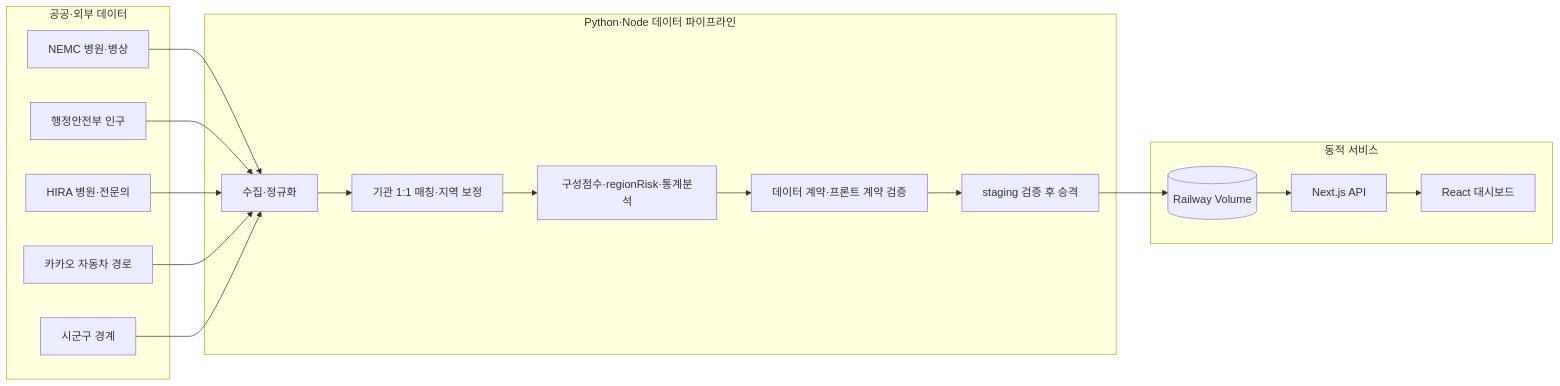
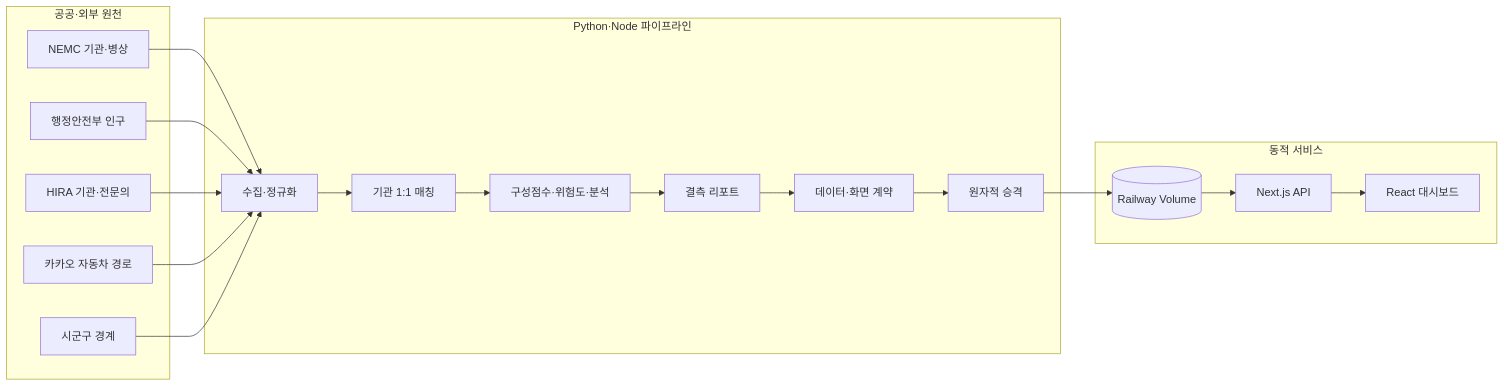
The diagram in README.md (Westyoon/embulance_score), drawn with Mermaid before and after one commit. The commit also changed other lines of this file and 9 other files, not shown here.

````diff
--- a/README.md
+++ b/README.md
@@ -21,28 +34,29 @@
 ```mermaid
 flowchart LR
-    subgraph Sources[공공·외부 데이터]
-        NEMC[NEMC 병원·병상]
+    subgraph Sources[공공·외부 원천]
+        NEMC[NEMC 기관·병상]
         MOIS[행정안전부 인구]
-        HIRA[HIRA 병원·전문의]
+        HIRA[HIRA 기관·전문의]
         KAKAO[카카오 자동차 경로]
         GEO[시군구 경계]
     end
 
-    subgraph Pipeline[Python·Node 데이터 파이프라인]
+    subgraph Pipeline[Python·Node 파이프라인]
         COLLECT[수집·정규화]
-        MATCH[기관 1:1 매칭·지역 보정]
-        SCORE[구성점수·regionRisk·통계분석]
-        VALIDATE[데이터 계약·프론트 계약 검증]
-        PROMOTE[staging 검증 후 승격]
+        MATCH[기관 1:1 매칭]
+        SCORE[구성점수·위험도·분석]
+        REPORT[결측 리포트]
+        VALIDATE[데이터·화면 계약]
+        PROMOTE[원자적 승격]
     end
 
     subgraph Runtime[동적 서비스]
         VOLUME[(Railway Volume)]
         API[Next.js API]
         UI[React 대시보드]
     end
 
     NEMC & MOIS & HIRA & KAKAO & GEO --> COLLECT
-    COLLECT --> MATCH --> SCORE --> VALIDATE --> PROMOTE
+    COLLECT --> MATCH --> SCORE --> REPORT --> VALIDATE --> PROMOTE
     PROMOTE --> VOLUME --> API --> UI
 ```
````
